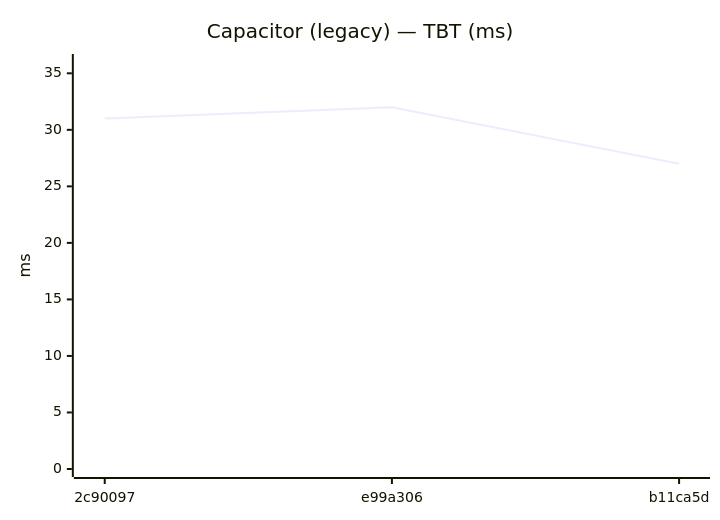
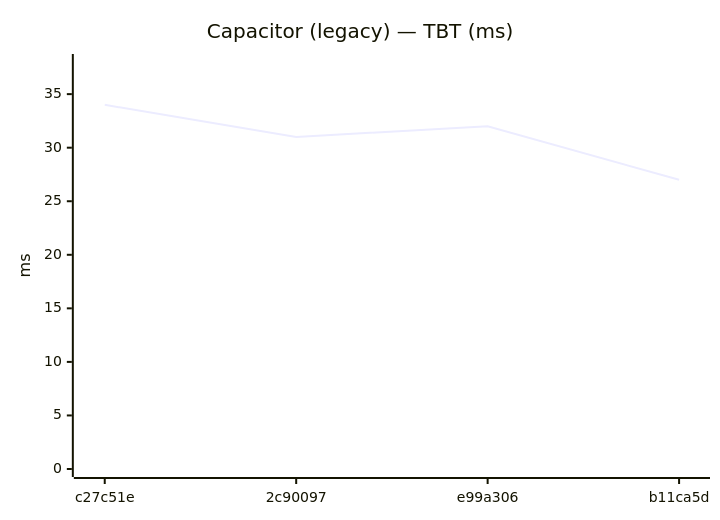
Diagram 14 of 24 in benchmarks/compare.md (Metaheurist/Rianell), drawn with Mermaid before and after one commit. The commit also changed other lines of this file and 12 other files, not shown here.

````diff
--- a/benchmarks/compare.md
+++ b/benchmarks/compare.md
@@ -167,7 +174,7 @@
 ```mermaid
 xychart-beta
     title "Capacitor (legacy) — TBT (ms)"
-    x-axis ["2c90097", "e99a306", "b11ca5d"]
-    y-axis "ms" 0 --> 36
-    line [31, 32, 27]
+    x-axis ["c27c51e", "2c90097", "e99a306", "b11ca5d"]
+    y-axis "ms" 0 --> 38
+    line [34, 31, 32, 27]
 ```
````
